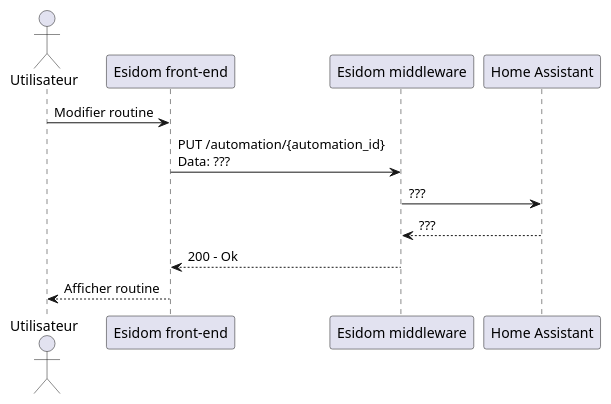
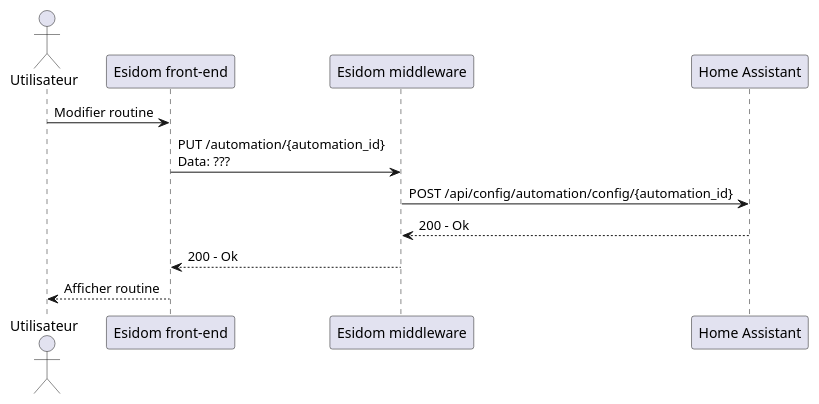
The diagram in cdct/diagramme_de_sequence/plantuml/modifier_routine.puml (SKAVALT-io/esidom_doc), drawn with PlantUML before and after one commit. The commit also changed 3 other files, not shown here.

Commit message:
docs(cdct): update sequence diagram

```diff
--- a/cdct/diagramme_de_sequence/plantuml/modifier_routine.puml
+++ b/cdct/diagramme_de_sequence/plantuml/modifier_routine.puml
@@ -1,16 +1,16 @@
 @startuml modifier routine
 
 actor "Utilisateur" as u
 participant "Esidom front-end" as fe
 participant "Esidom middleware" as m
 participant "Home Assistant" as ha
 
 u -> fe: Modifier routine
 fe -> m: PUT /automation/{automation_id}\n\
 Data: ???
-m -> ha: ???
-ha --> m: ???
+m -> ha: POST /api/config/automation/config/{automation_id}
+ha --> m: 200 - Ok
 m --> fe: 200 - Ok
 fe --> u: Afficher routine
 
 @enduml
```
